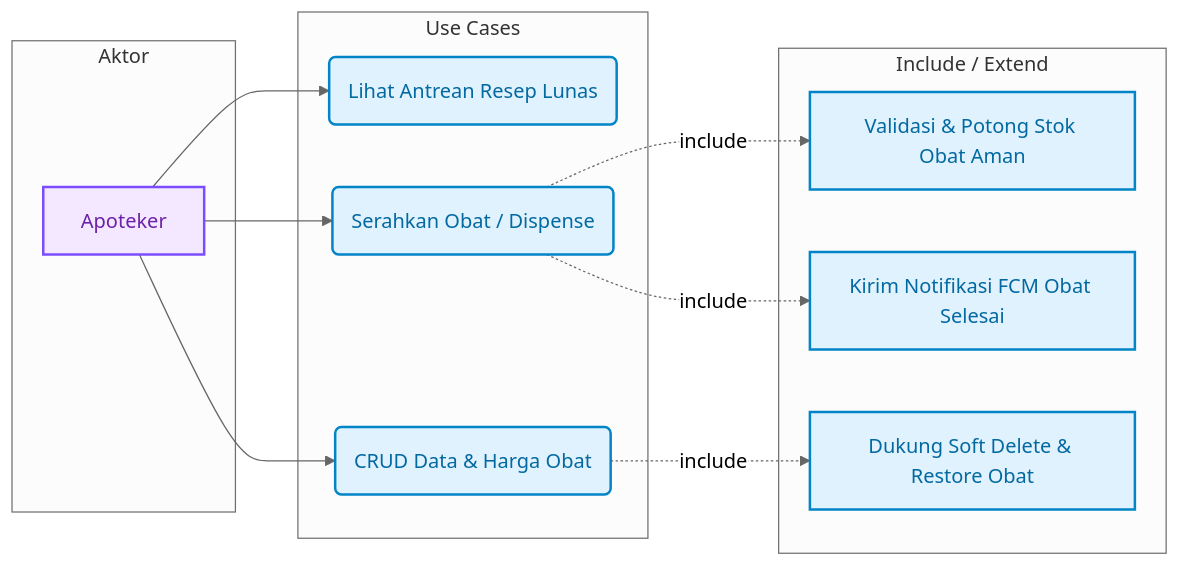
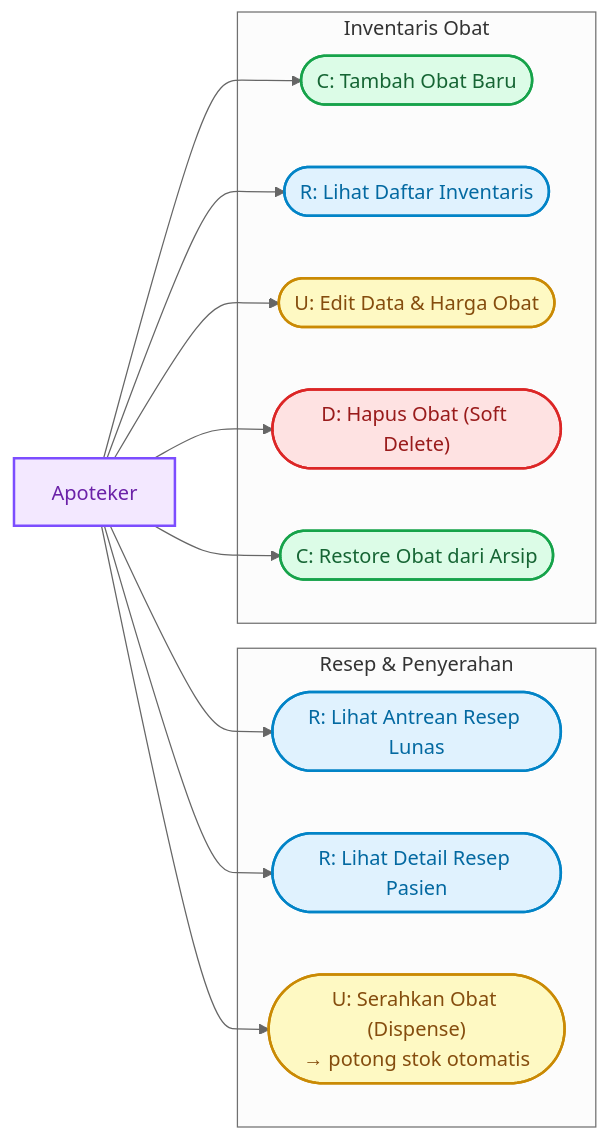
Before and after one commit to Rezi14/NalaSeva-Mobile-Test: the fourth of 5 diagrams in dokumentasi/USECASE_DIAGRAM.md, drawn with Mermaid (neutral theme). The commit also changed other lines of this file, not shown here.

````diff
--- a/dokumentasi/USECASE_DIAGRAM.md
+++ b/dokumentasi/USECASE_DIAGRAM.md
@@ -241,31 +244,33 @@
 ```mermaid
 flowchart LR
   classDef actorStyle fill:#f3e8ff,stroke:#7c4dff,stroke-width:2px,color:#6b21a8;
-  classDef usecaseStyle fill:#e0f2fe,stroke:#0284c7,stroke-width:2px,color:#0369a1;
+  classDef cStyle fill:#dcfce7,stroke:#16a34a,stroke-width:2px,color:#166534;
+  classDef rStyle fill:#e0f2fe,stroke:#0284c7,stroke-width:2px,color:#0369a1;
+  classDef uStyle fill:#fef9c3,stroke:#ca8a04,stroke-width:2px,color:#854d0e;
+  classDef dStyle fill:#fee2e2,stroke:#dc2626,stroke-width:2px,color:#991b1b;
 
-  subgraph Actors [Aktor]
-    Apoteker[Apoteker]:::actorStyle
+  Apoteker[Apoteker]:::actorStyle
+
+  subgraph Resep ["Resep & Penyerahan"]
+    R1(["R: Lihat Antrean Resep Lunas"]):::rStyle
+    R2(["R: Lihat Detail Resep Pasien"]):::rStyle
+    U1(["U: Serahkan Obat (Dispense)\n→ potong stok otomatis"]):::uStyle
   end
 
-  subgraph UseCases [Use Cases]
-    UC_Queues(Lihat Antrean Resep Lunas):::usecaseStyle
-    UC_Dispense(Serahkan Obat / Dispense):::usecaseStyle
-    UC_Medicine(CRUD Data & Harga Obat):::usecaseStyle
+  subgraph Inventaris ["Inventaris Obat"]
+    C1(["C: Tambah Obat Baru"]):::cStyle
+    R3(["R: Lihat Daftar Inventaris"]):::rStyle
+    U2(["U: Edit Data & Harga Obat"]):::uStyle
+    D1(["D: Hapus Obat (Soft Delete)"]):::dStyle
+    C2(["C: Restore Obat dari Arsip"]):::cStyle
   end
 
-  subgraph Details [Include / Extend]
-    UC_DBTrans[Validasi & Potong Stok Obat Aman]:::usecaseStyle
-    UC_FCMObat[Kirim Notifikasi FCM Obat Selesai]:::usecaseStyle
-    UC_SoftDel[Dukung Soft Delete & Restore Obat]:::usecaseStyle
-  end
-
-  %% Actor Connections
-  Apoteker --> UC_Queues
-  Apoteker --> UC_Dispense
-  Apoteker --> UC_Medicine
-
-  %% Relations
-  UC_Dispense -.->|include| UC_DBTrans
-  UC_Dispense -.->|include| UC_FCMObat
-  UC_Medicine -.->|include| UC_SoftDel
+  Apoteker --> R1
+  Apoteker --> R2
+  Apoteker --> U1
+  Apoteker --> C1
+  Apoteker --> R3
+  Apoteker --> U2
+  Apoteker --> D1
+  Apoteker --> C2
 ```
````
